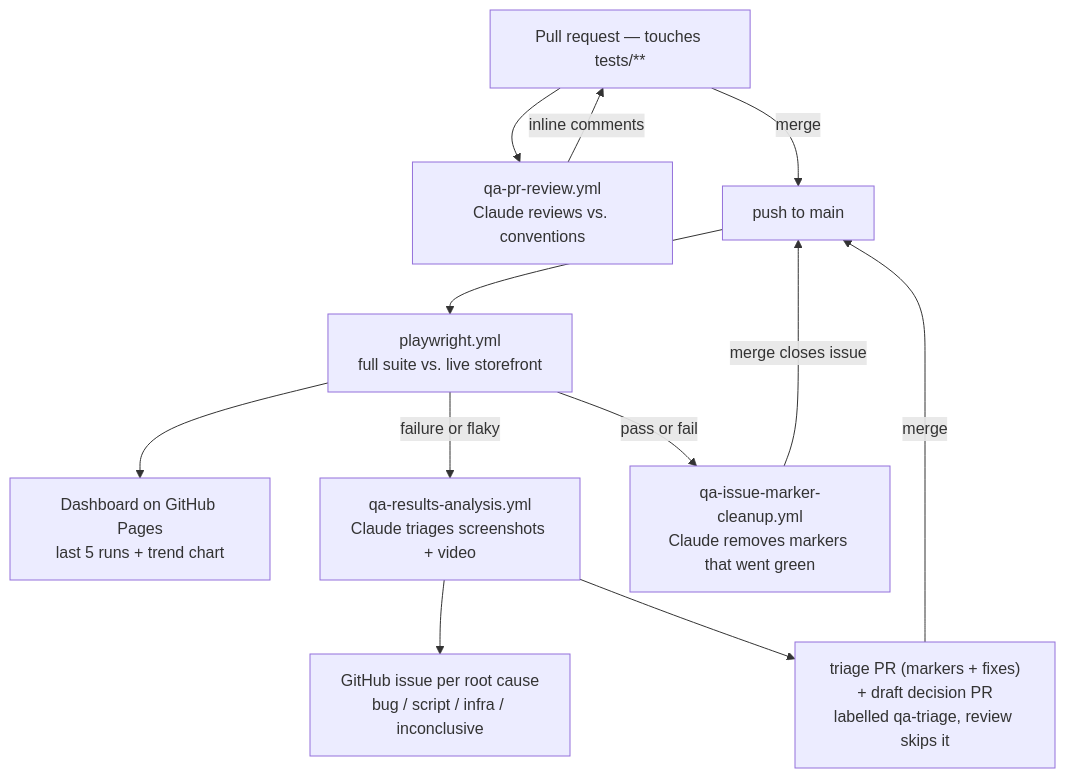
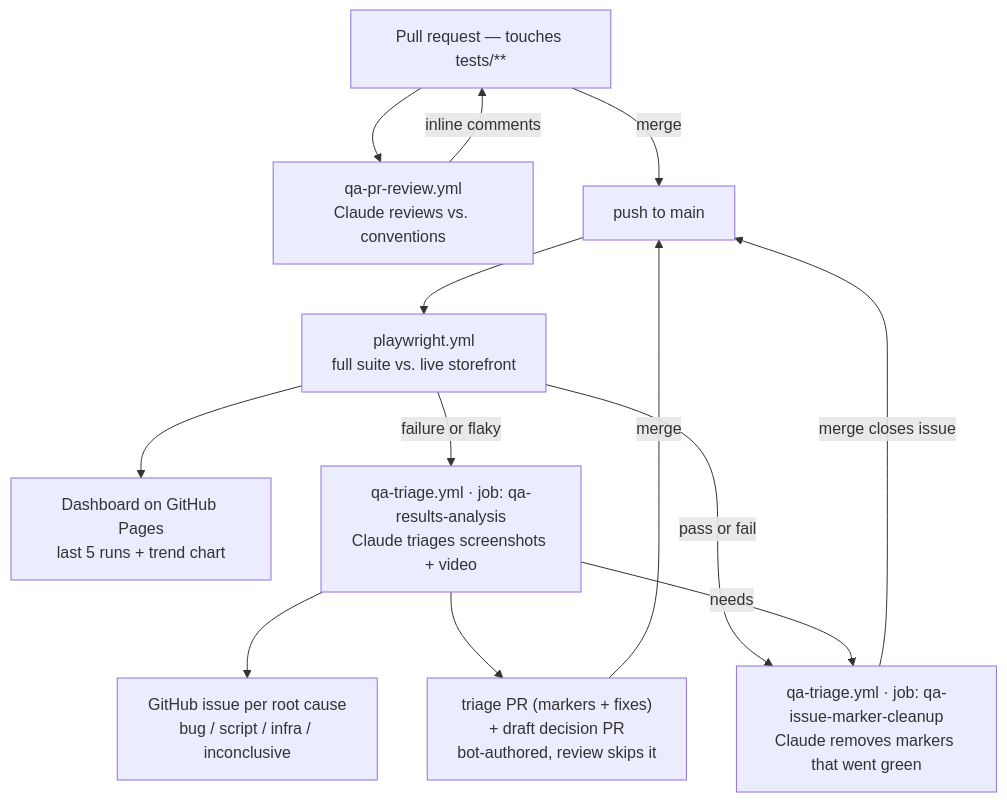
The diagram in README.md (MastahKitz/playwright-fullstack-test-framework), drawn with Mermaid before and after one commit. The commit also changed other lines of this file and 8 other files, not shown here.

````diff
--- a/README.md
+++ b/README.md
@@ -129,24 +129,25 @@
 ```mermaid
 flowchart TD
     PR["Pull request — touches tests/**"]
     Review["qa-pr-review.yml<br/>Claude reviews vs. conventions"]
     Main["push to main"]
     Run["playwright.yml<br/>full suite vs. live storefront"]
     Dash["Dashboard on GitHub Pages<br/>last 5 runs + trend chart"]
-    Triage["qa-results-analysis.yml<br/>Claude triages screenshots + video"]
+    Triage["qa-triage.yml · job: qa-results-analysis<br/>Claude triages screenshots + video"]
     Issue["GitHub issue per root cause<br/>bug / script / infra / inconclusive"]
-    Marker["triage PR (markers + fixes)<br/>+ draft decision PR<br/>labelled qa-triage, review skips it"]
-    Cleanup["qa-issue-marker-cleanup.yml<br/>Claude removes markers that went green"]
+    Marker["triage PR (markers + fixes)<br/>+ draft decision PR<br/>bot-authored, review skips it"]
+    Cleanup["qa-triage.yml · job: qa-issue-marker-cleanup<br/>Claude removes markers that went green"]
 
     PR --> Review
     Review -->|inline comments| PR
     PR -->|merge| Main
     Main --> Run
     Run --> Dash
     Run -->|failure or flaky| Triage
     Triage --> Issue
     Triage --> Marker
     Marker -->|merge| Main
     Run -->|pass or fail| Cleanup
+    Triage -->|needs| Cleanup
     Cleanup -->|merge closes issue| Main
 ```
````
